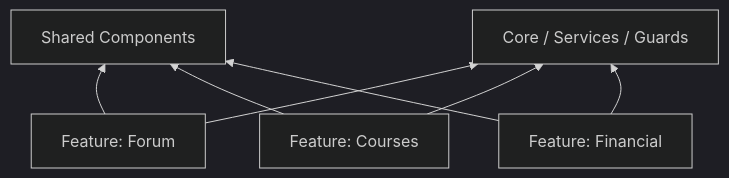
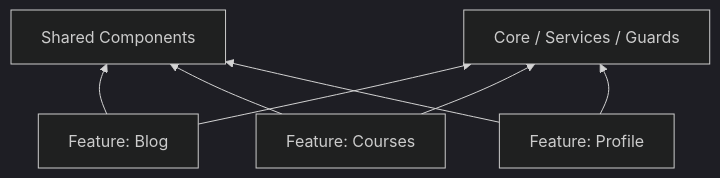
The second of 2 diagrams in frontend/portal-popt/README.md (joe-blanca-git/theos), drawn with Mermaid (dark theme) before and after one commit. The commit also changed other lines of this file and 53 other files, not shown here.

````diff
--- a/frontend/portal-popt/README.md
+++ b/frontend/portal-popt/README.md
@@ -171,14 +174,14 @@
 ```mermaid
 graph BT
   Shared[Shared Components]
   Core[Core / Services / Guards]
   
-  Forum[Feature: Forum] --> Shared
-  Forum --> Core
+  Blog[Feature: Blog] --> Shared
+  Blog --> Core
   
   Courses[Feature: Courses] --> Shared
   Courses --> Core
   
-  Financial[Feature: Financial] --> Shared
-  Financial --> Core
+  Profile[Feature: Profile] --> Shared
+  Profile --> Core
 ```
````
